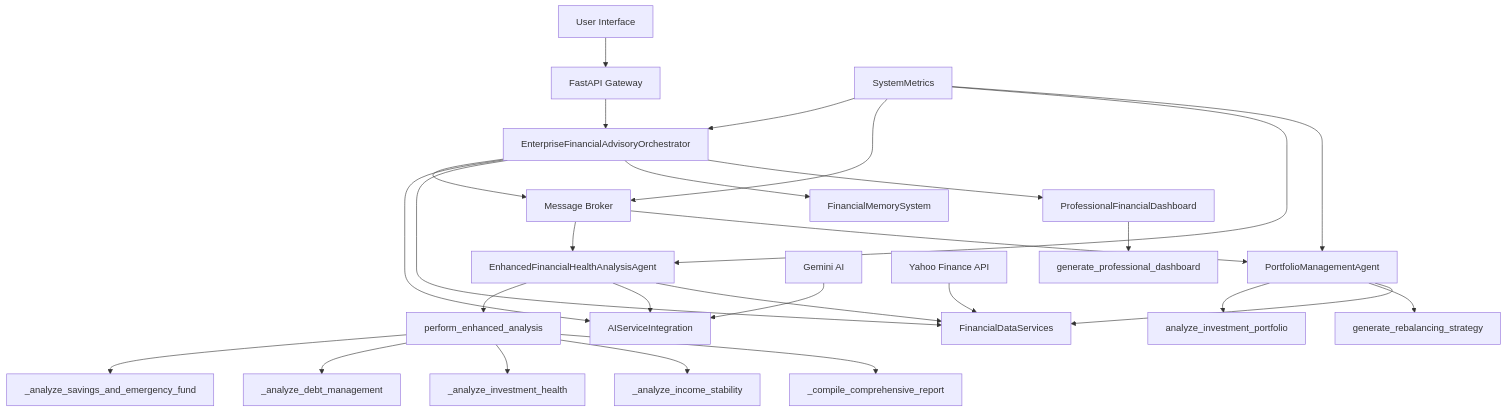
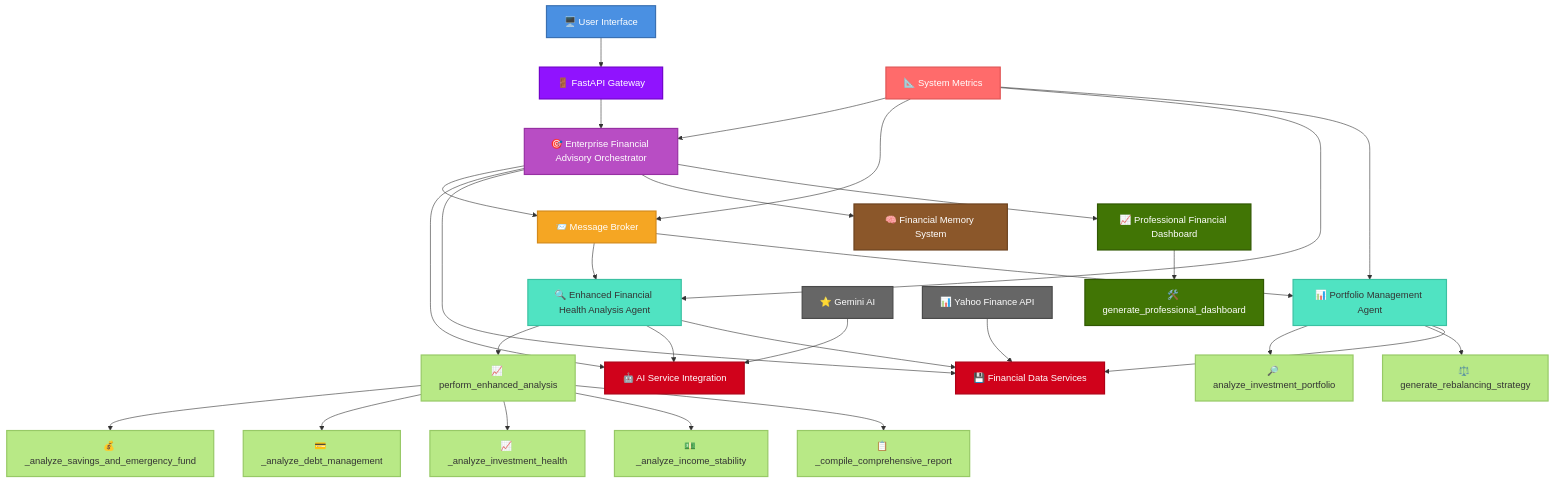
One commit to JayChavan01/-Financial-Guardian-AI---Capstone-Project changed the diagram in README.md. Above: the diagram before and after it, drawn with Mermaid. The commit also changed other lines of this file, not shown here.

````diff
--- a/README.md
+++ b/README.md
@@ -34,51 +62,72 @@
 ```mermaid
 graph TB
-    %% User Input
-    A[User Interface] --> B[FastAPI Gateway]
-    
-    %% Core System
-    B --> C[EnterpriseFinancialAdvisoryOrchestrator]
-    C --> D[Message Broker]
-    
-    %% Agent Registration
-    D --> E[EnhancedFinancialHealthAnalysisAgent]
-    D --> F[PortfolioManagementAgent]
-    
-    %% Health Agent Internal Flow
-    E --> E1[perform_enhanced_analysis]
-    E1 --> E2[_analyze_savings_and_emergency_fund]
-    E1 --> E3[_analyze_debt_management]
-    E1 --> E4[_analyze_investment_health]
-    E1 --> E5[_analyze_income_stability]
-    E1 --> E6[_compile_comprehensive_report]
-    
-    %% Portfolio Agent Internal Flow
-    F --> F1[analyze_investment_portfolio]
-    F --> F2[generate_rebalancing_strategy]
-    
-    %% Service Creation
-    C --> G[AIServiceIntegration]
-    C --> H[FinancialDataServices]
-    
-    %% Service Usage by Agents
+    %% Styling Definitions
+    classDef ui fill:#4A90E2,stroke:#3A70B2,stroke-width:2px,color:white;
+    classDef gateway fill:#9013FE,stroke:#7101CB,stroke-width:2px,color:white;
+    classDef orchestrator fill:#B84DC4,stroke:#9730A3,stroke-width:2px,color:white;
+    classDef broker fill:#F5A623,stroke:#D48A1A,stroke-width:2px,color:white;
+    classDef agent fill:#50E3C2,stroke:#3BC1A2,stroke-width:2px,color:#333;
+    classDef subAgent fill:#B8E986,stroke:#97C966,stroke-width:2px,color:#333;
+    classDef service fill:#D0021B,stroke:#AF0016,stroke-width:2px,color:white;
+    classDef memory fill:#8B572A,stroke:#6D4320,stroke-width:2px,color:white;
+    classDef dashboard fill:#417505,stroke:#315803,stroke-width:2px,color:white;
+    classDef external fill:#666,stroke:#4A4A4A,stroke-width:2px,color:white;
+    classDef metrics fill:#FF6B6B,stroke:#E05555,stroke-width:2px,color:white;
+
+    %% Nodes with Emojis and specific classes
+    A[🖥️ User Interface]:::ui
+    B[🚪 FastAPI Gateway]:::gateway
+    C[🎯 Enterprise Financial Advisory Orchestrator]:::orchestrator
+    D[📨 Message Broker]:::broker
+    E[🔍 Enhanced Financial Health Analysis Agent]:::agent
+    F[📊 Portfolio Management Agent]:::agent
+
+    E1[📈 perform_enhanced_analysis]:::subAgent
+    E2[💰 _analyze_savings_and_emergency_fund]:::subAgent
+    E3[💳 _analyze_debt_management]:::subAgent
+    E4[📈 _analyze_investment_health]:::subAgent
+    E5[💵 _analyze_income_stability]:::subAgent
+    E6[📋 _compile_comprehensive_report]:::subAgent
+
+    F1[🔎 analyze_investment_portfolio]:::subAgent
+    F2[⚖️ generate_rebalancing_strategy]:::subAgent
+
+    G[🤖 AI Service Integration]:::service
+    H[💾 Financial Data Services]:::service
+    I[🧠 Financial Memory System]:::memory
+    J[📈 Professional Financial Dashboard]:::dashboard
+    K[🛠️ generate_professional_dashboard]:::dashboard
+
+    L[⭐ Gemini AI]:::external
+    M[📊 Yahoo Finance API]:::external
+    N[📐 System Metrics]:::metrics
+
+    %% Connections
+    A --> B
+    B --> C
+    C --> D
+    D --> E
+    D --> F
+    E --> E1
+    E1 --> E2
+    E1 --> E3
+    E1 --> E4
+    E1 --> E5
+    E1 --> E6
+    F --> F1
+    F --> F2
+    C --> G
+    C --> H
     E --> G
     E --> H
     F --> H
-    
-    %% Memory System Usage
-    C --> I[FinancialMemorySystem]
-    
-    %% Dashboard Generation
-    C --> J[ProfessionalFinancialDashboard]
-    J --> K[generate_professional_dashboard]
-    
-    %% External API Integrations
-    L[Gemini AI] --> G
-    M[Yahoo Finance API] --> H
-    
-    %% Monitoring System
-    N[SystemMetrics] --> C
+    C --> I
+    C --> J
+    J --> K
+    L --> G
+    M --> H
+    N --> C
     N --> D
     N --> E
     N --> F
 ```
````
